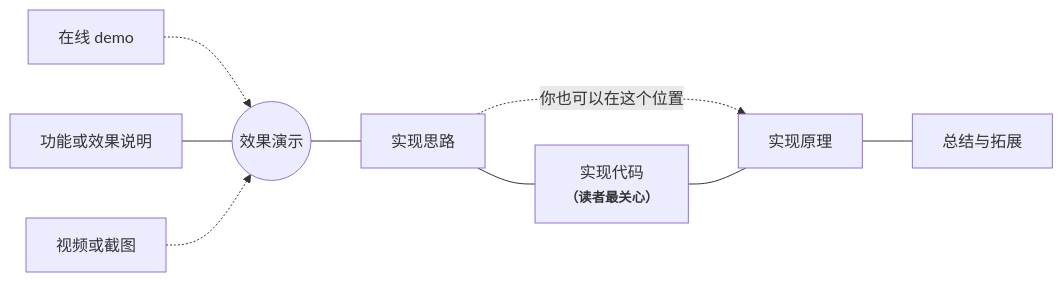
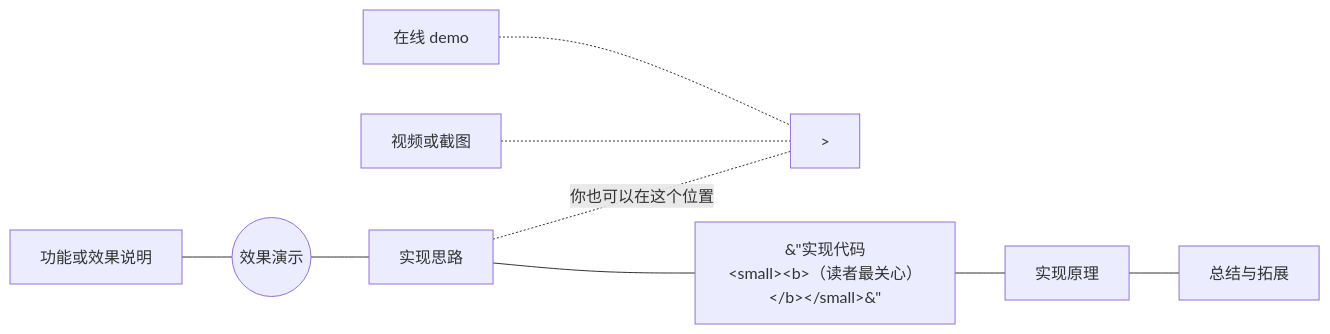
One commit to Lruihao/lruihao.github.io changed the third of 10 diagrams in posts/article-structure/index.md. Above: the diagram before and after it, drawn with Mermaid. The commit also changed other lines of this file and 688 other files, not shown here.

````diff
--- a/posts/article-structure/index.md
+++ b/posts/article-structure/index.md
@@ -101,16 +101,16 @@
 ```mermaid
 graph LR
 A[功能或效果说明]
 B((效果演示))
 C[在线 demo]
 D[视频或截图]
 E[实现思路]
-F["实现代码
-<small><b>（读者最关心）</b></small>"]
+F[&#34;实现代码
+&lt;small&gt;&lt;b&gt;（读者最关心）&lt;/b&gt;&lt;/small&gt;&#34;]
 G[实现原理]
 H[总结与拓展]
-C-.->B
-E-. 你也可以在这个位置 .->G
+C-.-&gt;B
+E-. 你也可以在这个位置 .-&gt;G
 A---B---E---F---G---H
-D-.->B
+D-.-&gt;B
 ```
````
